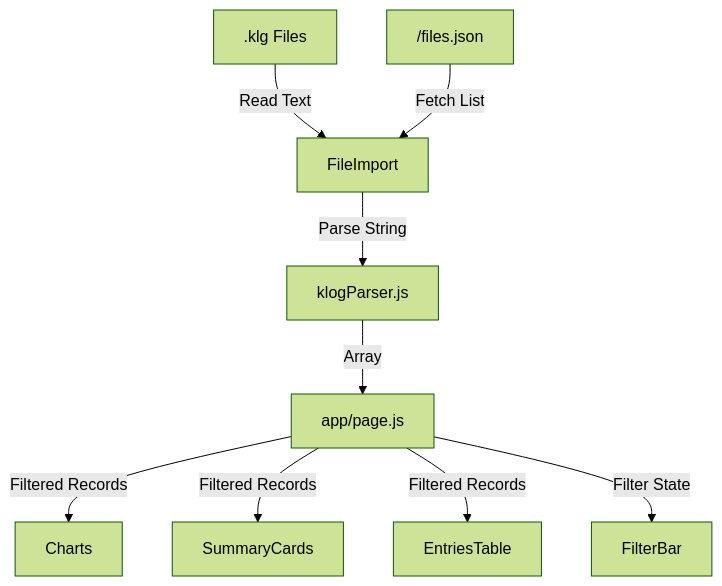
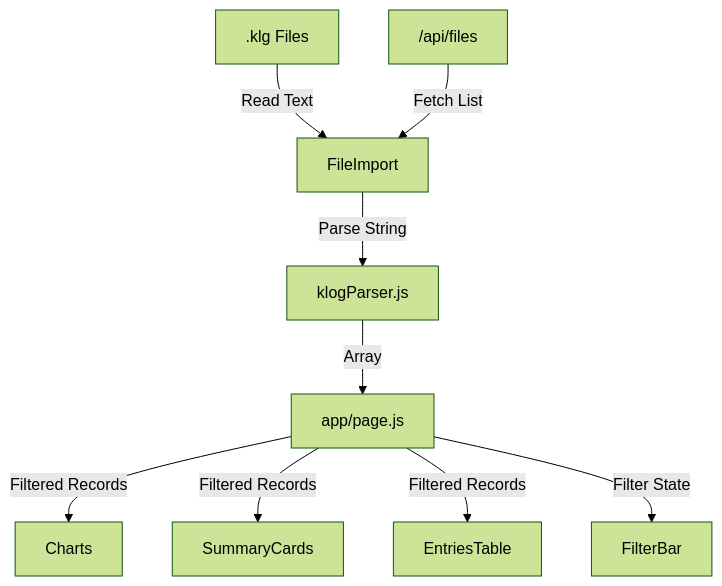
The diagram in AGENTS.md (muecahit94/klog-dashboard), drawn with Mermaid (forest theme) before and after one commit. The commit also changed other lines of this file and 8 other files, not shown here.

````diff
--- a/AGENTS.md
+++ b/AGENTS.md
@@ -21,11 +23,11 @@
 ```mermaid
 graph TD
     Files[".klg Files"] -->|Read Text| FileImport
-    AutoImport["/files.json"] -->|Fetch List| FileImport
+    AutoImport["/api/files"] -->|Fetch List| FileImport
     FileImport -->|Parse String| Parser[klogParser.js]
     Parser -->|Array<Record>| Page[app/page.js]
     Page -->|Filtered Records| Charts
     Page -->|Filtered Records| SummaryCards
     Page -->|Filtered Records| EntriesTable
     Page -->|Filter State| FilterBar
 ```
````
